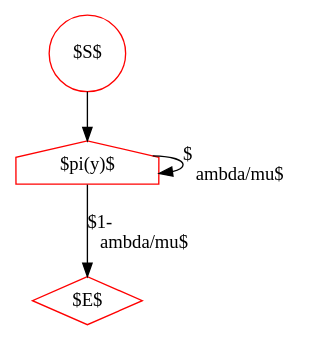
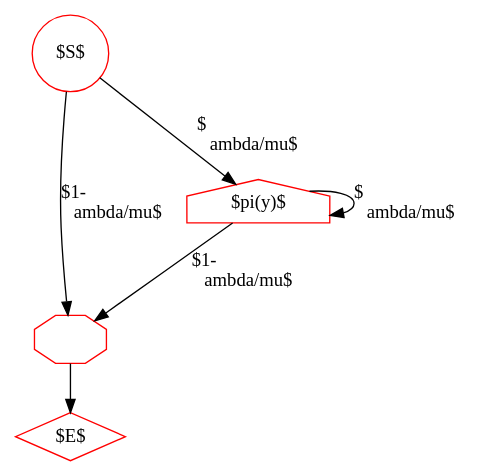
The diagram in tkf91-root.dot (ihh/transducer-tutorial), drawn with Graphviz before and after one commit. The commit also changed 14 other files, not shown here.

```diff
--- a/tkf91-root.dot
+++ b/tkf91-root.dot
@@ -1,12 +1,16 @@
 digraph G {
     S [label="$S$", shape=circle, color=red];
     E [label="$E$", shape=diamond, color=red];
+    
+    W [label="", shape=octagon, color=red];
 
     I [label="$\pi(y)$", shape=house, color=red];
 
-S->I;
+S->I [label="$\lambda/\mu$"];
 I->I [label="$\lambda/\mu$"];
-I->E [label="$1-\lambda/\mu$"];
+S->W [label="$1-\lambda/\mu$"];
+I->W [label="$1-\lambda/\mu$"];
+W->E;
 
 
 }
```
